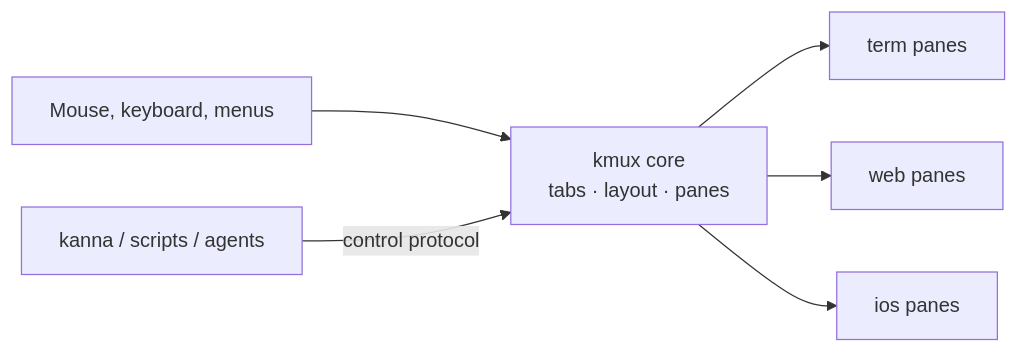
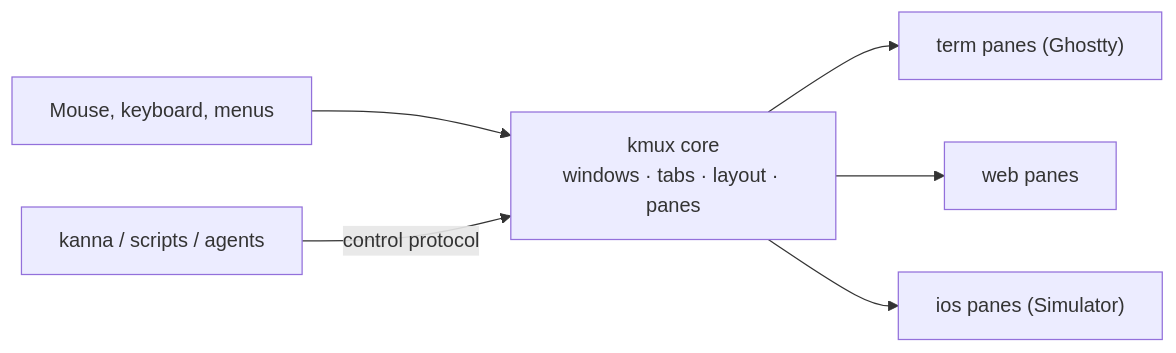
One commit to tampopogk/kmux changed the first of 3 diagrams in docs/kmux-spec.md. Above: the diagram before and after it, drawn with Mermaid. The commit also changed other lines of this file and 11 other files, not shown here.

First line of the commit message:
kmux model: multiple windows

````diff
--- a/docs/kmux-spec.md
+++ b/docs/kmux-spec.md
@@ -32,8 +32,8 @@
 ```mermaid
 flowchart LR
-    H["Mouse, keyboard, menus"] --> CORE["kmux core<br/>tabs · layout · panes"]
+    H["Mouse, keyboard, menus"] --> CORE["kmux core<br/>windows · tabs · layout · panes"]
     C["kanna / scripts / agents"] -->|"control protocol"| CORE
-    CORE --> T["term panes"]
+    CORE --> T["term panes (Ghostty)"]
     CORE --> W["web panes"]
-    CORE --> I["ios panes"]
+    CORE --> I["ios panes (Simulator)"]
 ```
````
